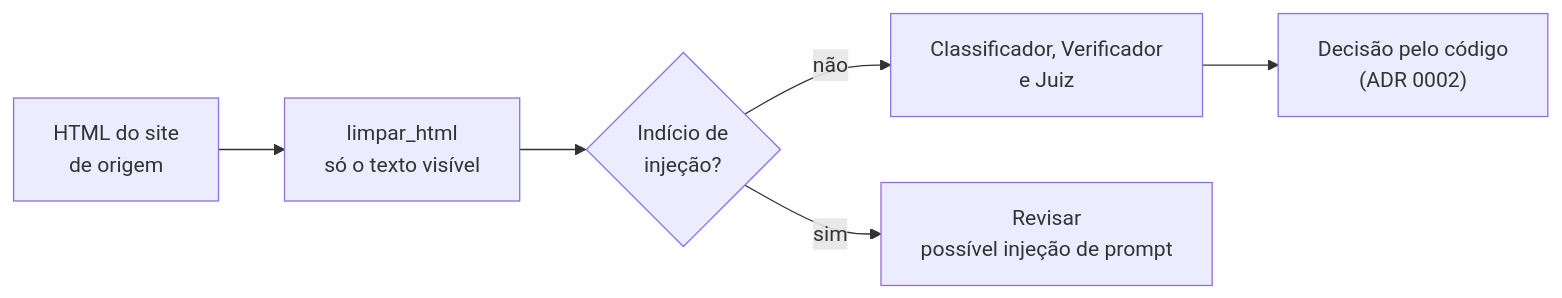
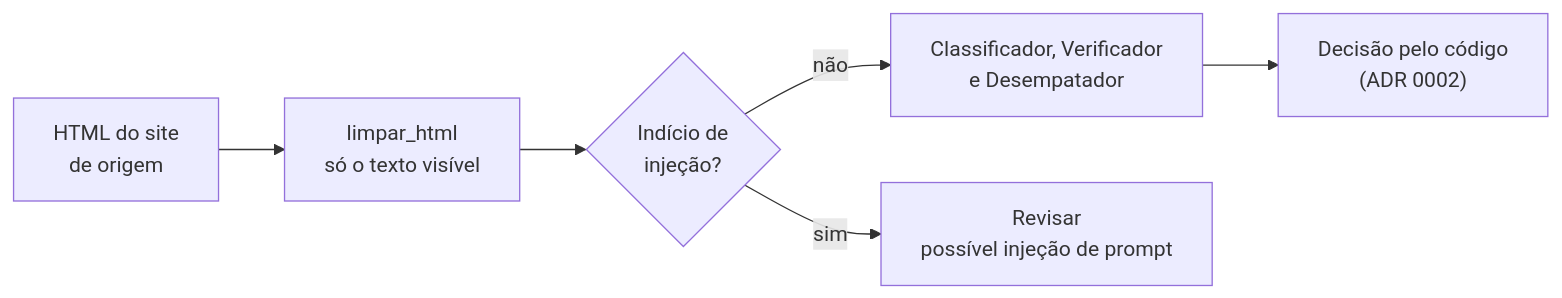
One commit to edcastanha/case-vicio-ia-poc changed the diagram in docs/adr/0005-texto-da-questao-e-dado-nunca-instrucao.md. Above: the diagram before and after it, drawn with Mermaid. The commit also changed other lines of this file and 46 other files, not shown here.

First line of the commit message:
Papel Juiz passa a se chamar Desempatador

````diff
--- a/docs/adr/0005-texto-da-questao-e-dado-nunca-instrucao.md
+++ b/docs/adr/0005-texto-da-questao-e-dado-nunca-instrucao.md
@@ -8,8 +8,8 @@
 ```mermaid
 flowchart LR
     H["HTML do site<br>de origem"] --> L["limpar_html<br>só o texto visível"]
     L --> I{"Indício de<br>injeção?"}
-    I -- "não" --> M["Classificador, Verificador<br>e Juiz"]
+    I -- "não" --> M["Classificador, Verificador<br>e Desempatador"]
     I -- "sim" --> R["Revisar<br>possível injeção de prompt"]
     M --> D["Decisão pelo código<br>(ADR 0002)"]
 ```
````
